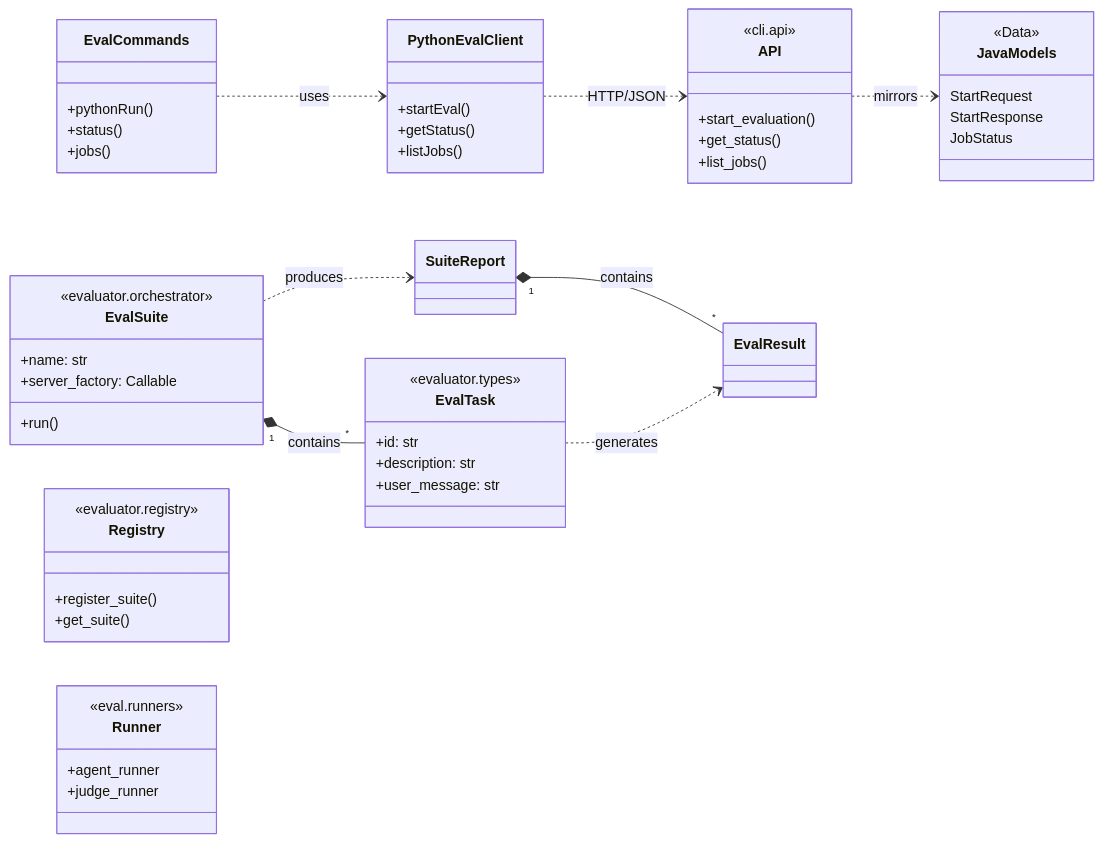
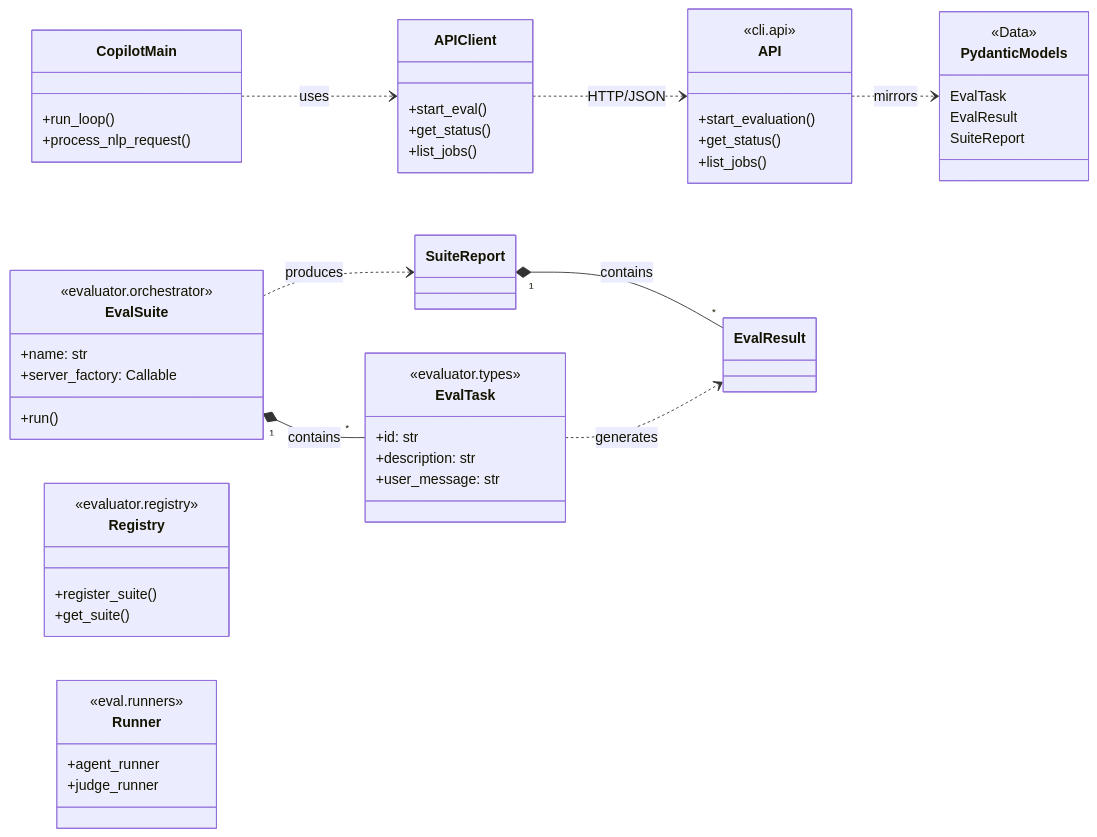
Before and after one commit to rvishravars/consequence: the third of 3 diagrams in docs/architecture.md, drawn with Mermaid. The commit also changed other lines of this file and 2 other files, not shown here.

Commit message:
docs: merge python-evaluator.md into README and remove legacy Java references

````diff
--- a/docs/architecture.md
+++ b/docs/architecture.md
@@ -101,63 +99,62 @@
 ```mermaid
 classDiagram
     direction LR
 
-    subgraph Java Control Plane
-        class EvalCommands {
-            +pythonRun()
-            +status()
-            +jobs()
+    subgraph Python Copilot Control Plane
+        class CopilotMain {
+            +run_loop()
+            +process_nlp_request()
         }
-        class PythonEvalClient {
-            +startEval()
-            +getStatus()
-            +listJobs()
+        class APIClient {
+            +start_eval()
+            +get_status()
+            +list_jobs()
         }
-        class JavaModels {
+        class PydanticModels {
             <<Data>>
-            StartRequest
-            StartResponse
-            JobStatus
+            EvalTask
+            EvalResult
+            SuiteReport
         }
     end
 
     subgraph Python Execution Engine
         class API {
             <<cli.api>>
             +start_evaluation()
             +get_status()
             +list_jobs()
         }
         class EvalSuite {
             <<evaluator.orchestrator>>
             +name: str
             +server_factory: Callable
             +run()
         }
         class EvalTask {
             <<evaluator.types>>
             +id: str
             +description: str
             +user_message: str
         }
         class Registry {
             <<evaluator.registry>>
             +register_suite()
             +get_suite()
         }
         class Runner {
             <<eval.runners>>
             +agent_runner
             +judge_runner
         }
     end
 
-    EvalCommands ..> PythonEvalClient : uses
-    PythonEvalClient ..> API : HTTP/JSON
-    API ..> JavaModels : mirrors
+    CopilotMain ..> APIClient : uses
+    APIClient ..> API : HTTP/JSON
+    API ..> PydanticModels : mirrors
     
     EvalSuite "1" *-- "*" EvalTask : contains
     EvalSuite ..> SuiteReport : produces
     SuiteReport "1" *-- "*" EvalResult : contains
     EvalTask ..> EvalResult : generates
 ```
````
